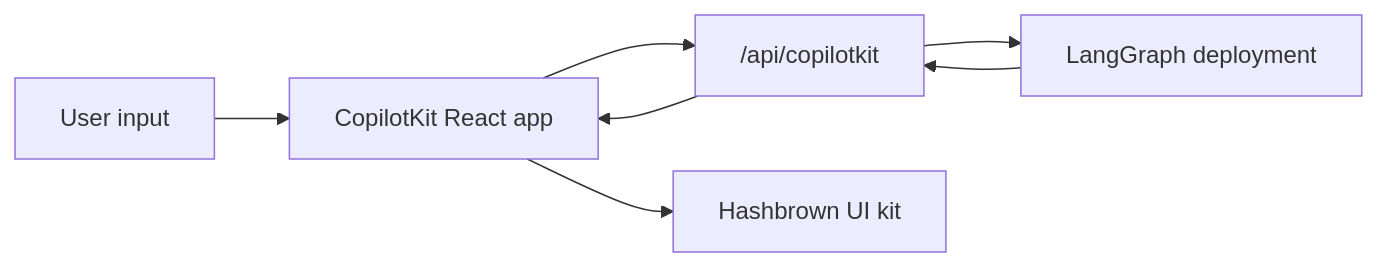
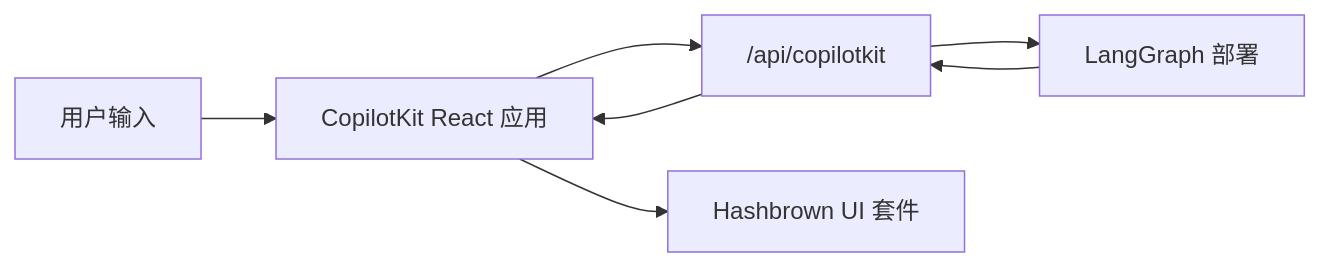
The diagram in oss/javascript/langchain/frontend/integrations/copilotkit.mdx (kunfan96/cndocs-langchain), drawn with Mermaid before and after one commit. The commit also changed other lines of this file and 2498 other files, not shown here.

````diff
--- a/oss/javascript/langchain/frontend/integrations/copilotkit.mdx
+++ b/oss/javascript/langchain/frontend/integrations/copilotkit.mdx
@@ -32,23 +32,23 @@
 ```mermaid
 %%{
   init: {
     "fontFamily": "monospace",
     "flowchart": {
       "curve": "curve"
     }
   }
 }%%
 graph LR
-  USER["User input"]
-  UI["CopilotKit React app"]
+  USER["用户输入"]
+  UI["CopilotKit React 应用"]
   ENDPOINT["/api/copilotkit"]
-  GRAPH["LangGraph deployment"]
-  RENDER["Hashbrown UI kit"]
+  GRAPH["LangGraph 部署"]
+  RENDER["Hashbrown UI 套件"]
 
   USER --> UI
   UI --> ENDPOINT
   ENDPOINT --> GRAPH
   GRAPH --> ENDPOINT
   ENDPOINT --> UI
   UI --> RENDER
 ```
````
